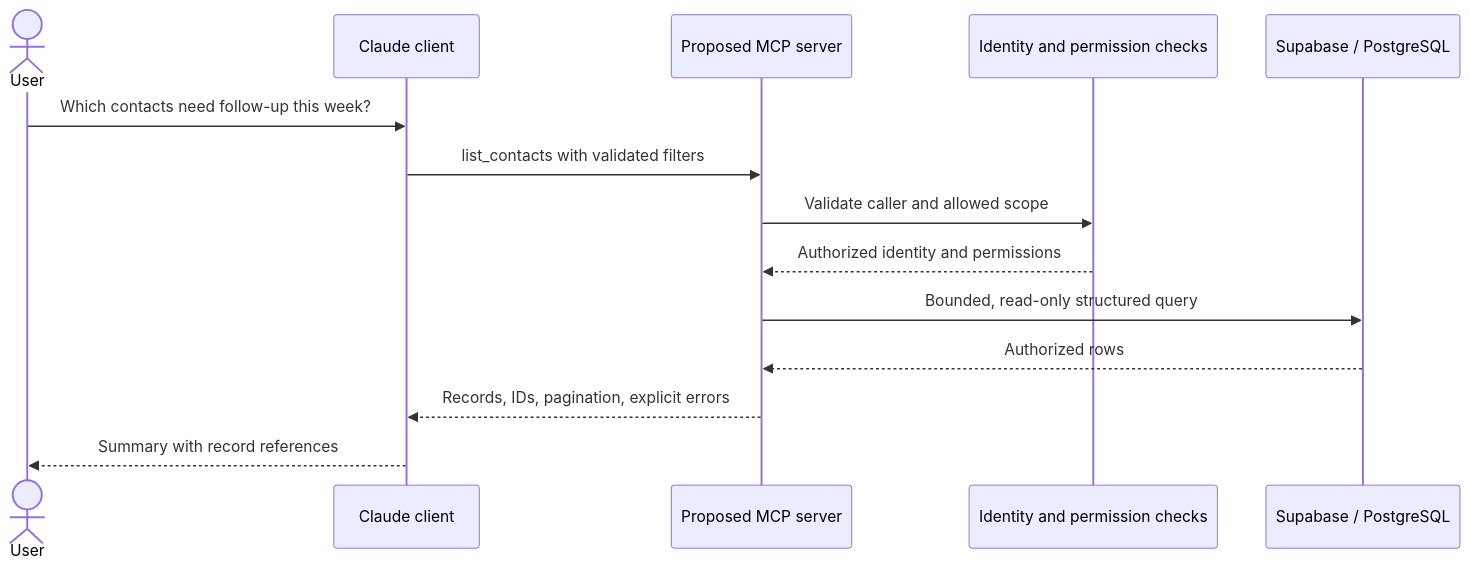
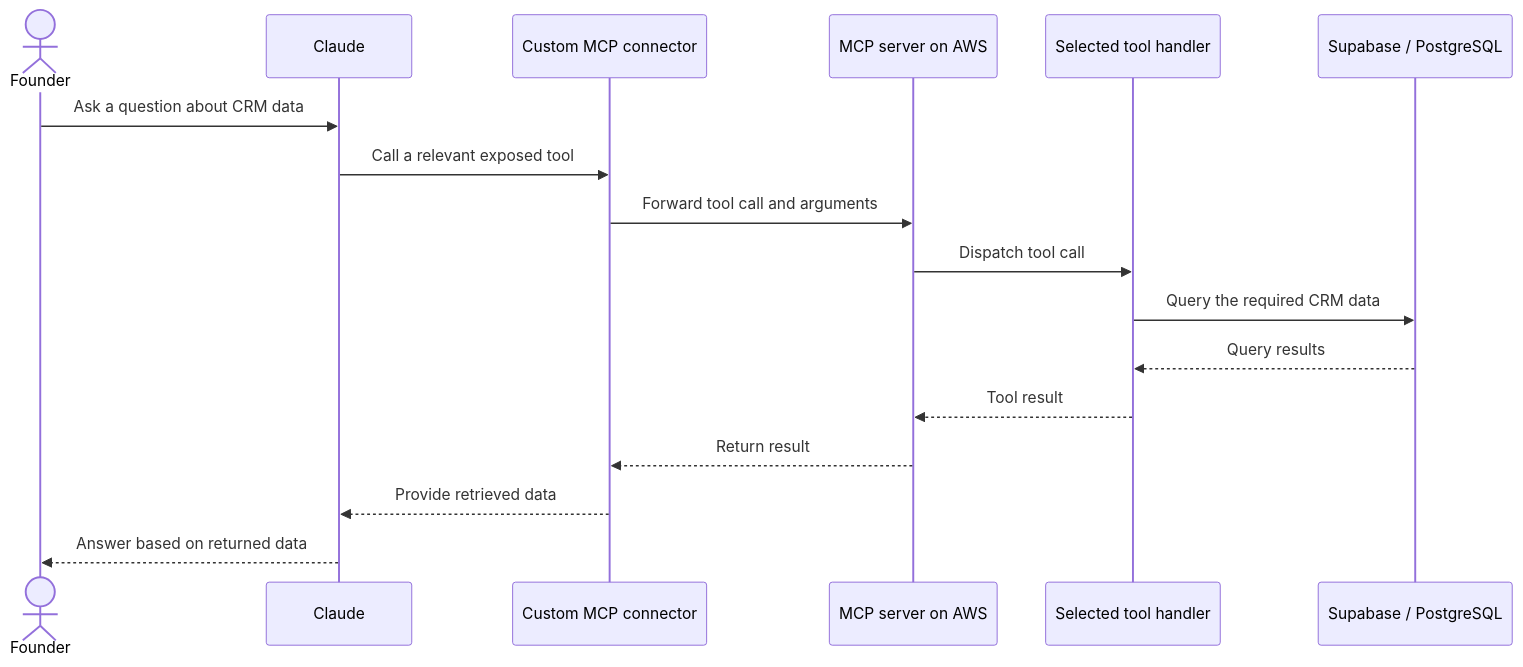
The second of 2 diagrams in docs/TECHNICAL_WRITEUP.md (moizbroad/SalesNova), drawn with Mermaid before and after one commit. The commit also changed other lines of this file and 1 other file, not shown here.

Commit message:
Document existing Claude connector and AWS MCP architecture

````diff
--- a/docs/TECHNICAL_WRITEUP.md
+++ b/docs/TECHNICAL_WRITEUP.md
@@ -96,16 +98,19 @@
 ```mermaid
 sequenceDiagram
-    actor User
-    participant Claude as Claude client
-    participant MCP as Proposed MCP server
-    participant Access as Identity and permission checks
+    actor Founder
+    participant Claude
+    participant Connector as Custom MCP connector
+    participant MCP as MCP server on AWS
+    participant Tool as Selected tool handler
     participant DB as Supabase / PostgreSQL
-    User->>Claude: Which contacts need follow-up this week?
-    Claude->>MCP: list_contacts with validated filters
-    MCP->>Access: Validate caller and allowed scope
-    Access-->>MCP: Authorized identity and permissions
-    MCP->>DB: Bounded, read-only structured query
-    DB-->>MCP: Authorized rows
-    MCP-->>Claude: Records, IDs, pagination, explicit errors
-    Claude-->>User: Summary with record references
+    Founder->>Claude: Ask a question about CRM data
+    Claude->>Connector: Call a relevant exposed tool
+    Connector->>MCP: Forward tool call and arguments
+    MCP->>Tool: Dispatch tool call
+    Tool->>DB: Query the required CRM data
+    DB-->>Tool: Query results
+    Tool-->>MCP: Tool result
+    MCP-->>Connector: Return result
+    Connector-->>Claude: Provide retrieved data
+    Claude-->>Founder: Answer based on returned data
 ```
````
